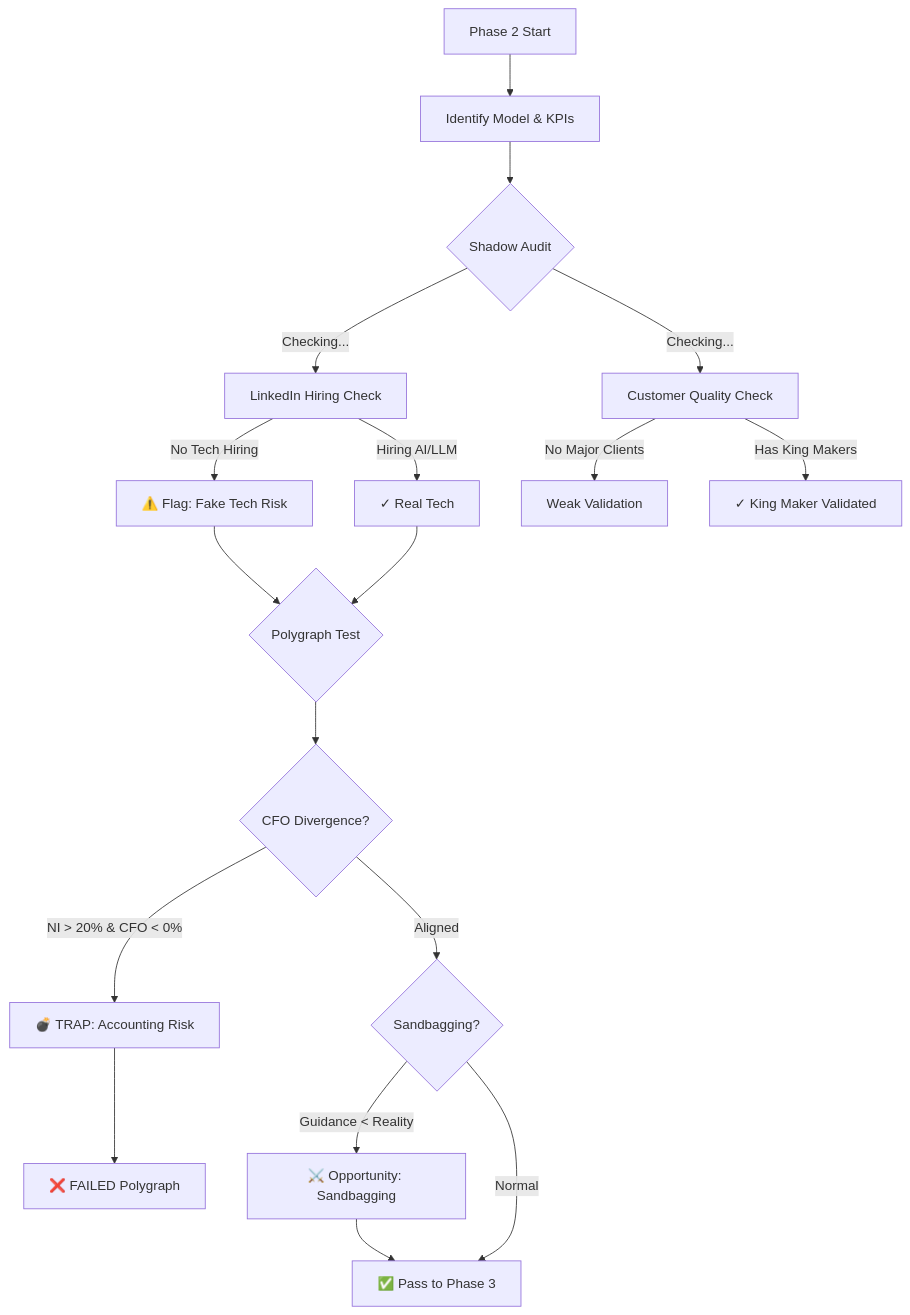
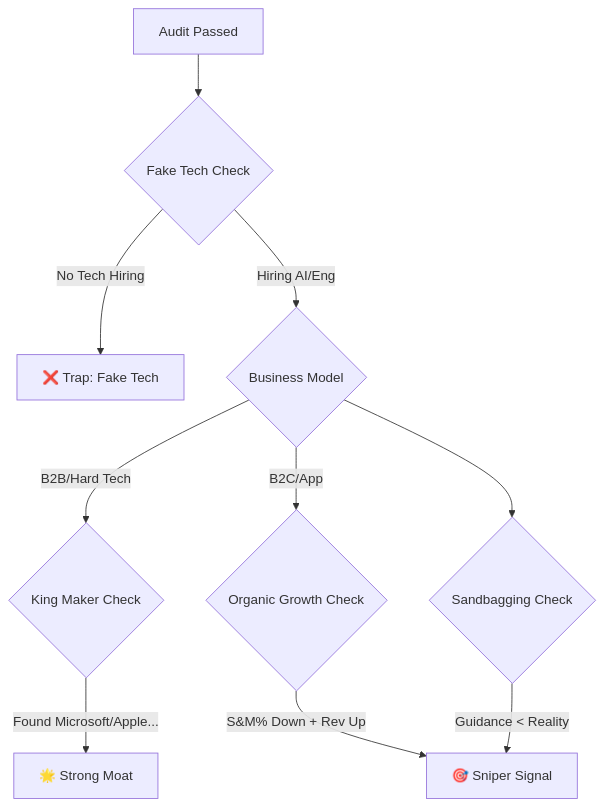
Before and after one commit to WayneJinOSU/growth_ai: the fourth of 5 diagrams in README.md, drawn with Mermaid. The commit also changed other lines of this file and 9 other files, not shown here.

````diff
--- a/README.md
+++ b/README.md
@@ -122,27 +102,15 @@
 ```mermaid
 graph TD
-    Start[Phase 2 Start] --> Identify[Identify Model & KPIs]
-    Identify --> ShadowAudit{Shadow Audit}
+    Input[Audit Passed] --> FakeTech{Fake Tech Check}
+    FakeTech -- "No Tech Hiring" --> Trap[❌ Trap: Fake Tech]
+    FakeTech -- "Hiring AI/Eng" --> PathSelect{Business Model}
     
-    ShadowAudit -- "Checking..." --> LinkedIn[LinkedIn Hiring Check]
-    ShadowAudit -- "Checking..." --> Client[Customer Quality Check]
+    PathSelect -- "B2B/Hard Tech" --> KingMaker{King Maker Check}
+    KingMaker -- "Found Microsoft/Apple..." --> Bonus[🌟 Strong Moat]
     
-    LinkedIn -- "No Tech Hiring" --> FakeTech[⚠️ Flag: Fake Tech Risk]
-    LinkedIn -- "Hiring AI/LLM" --> RealTech[✓ Real Tech]
+    PathSelect -- "B2C/App" --> Organic{Organic Growth Check}
+    Organic -- "S&M% Down + Rev Up" --> Sniper[🎯 Sniper Signal]
     
-    Client -- "No Major Clients" --> WeakClient[Weak Validation]
-    Client -- "Has King Makers" --> StrongClient[✓ King Maker Validated]
-    
-    RealTech --> Polygraph{Polygraph Test}
-    FakeTech --> Polygraph
-    
-    Polygraph --> CFOCheck{CFO Divergence?}
-    CFOCheck -- "NI > 20% & CFO < 0%" --> Trap[💣 TRAP: Accounting Risk]
-    CFOCheck -- "Aligned" --> Sandbag{Sandbagging?}
-    
-    Sandbag -- "Guidance < Reality" --> Sniper[⚔️ Opportunity: Sandbagging]
-    Sandbag -- "Normal" --> Pass[✅ Pass to Phase 3]
-    
-    Sniper --> Pass
-    Trap --> Fail[❌ FAILED Polygraph]
+    PathSelect --> Sandbag{Sandbagging Check}
+    Sandbag -- "Guidance < Reality" --> Sniper
 ```
````
